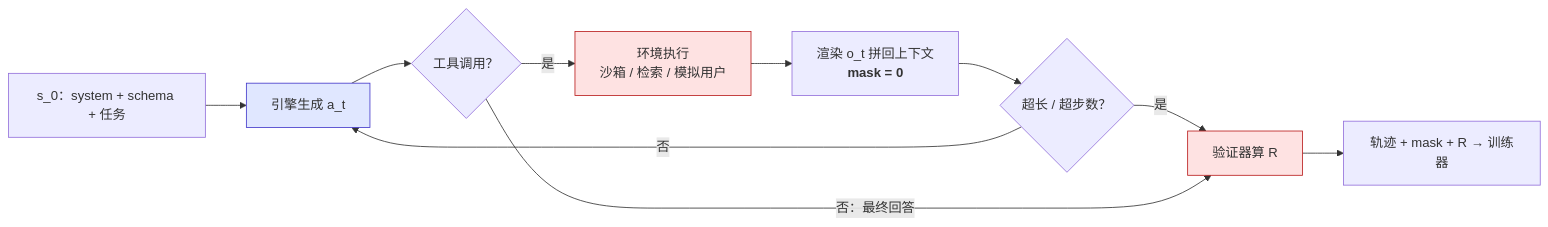
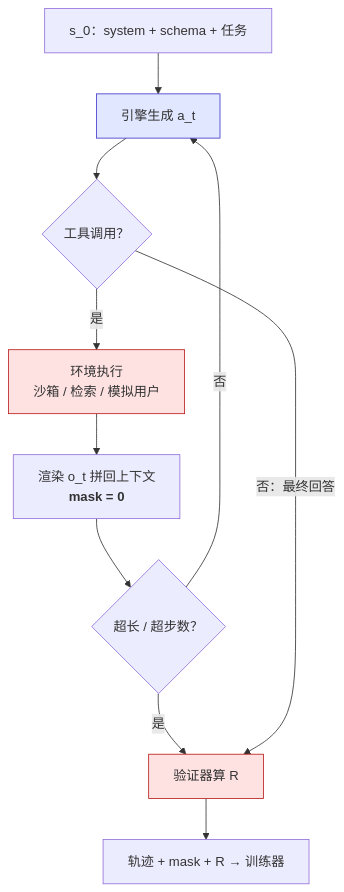
One commit to arganzheng/arganzheng.github.com changed the seventh of 9 diagrams in slides/2026-10-01-post-training.md. Above: the diagram before and after it, drawn with Mermaid. The commit also changed 20 other files, not shown here.

````diff
--- a/slides/2026-10-01-post-training.md
+++ b/slides/2026-10-01-post-training.md
@@ -238,13 +238,13 @@
 ```mermaid
-%%{init: {"flowchart": {"wrappingWidth": 180}}}%%
-flowchart LR
+%%{init: {"flowchart": {"wrappingWidth": 260}}}%%
+flowchart TB
     S["s_0：system + schema + 任务"] --> G["引擎生成 a_t"] --> P{"工具调用？"}
     P -- 是 --> E["环境执行<br/>沙箱 / 检索 / 模拟用户"] --> O["渲染 o_t 拼回上下文<br/><b>mask = 0</b>"] --> C{"超长 / 超步数？"}
     C -- 否 --> G
     C -- 是 --> V
     P -- "否：最终回答" --> V["验证器算 R"] --> T["轨迹 + mask + R → 训练器"]
     classDef env fill:#fee2e2,stroke:#b91c1c
     classDef model fill:#e0e7ff,stroke:#4338ca
     class E,V env
     class G model
 ```
````
